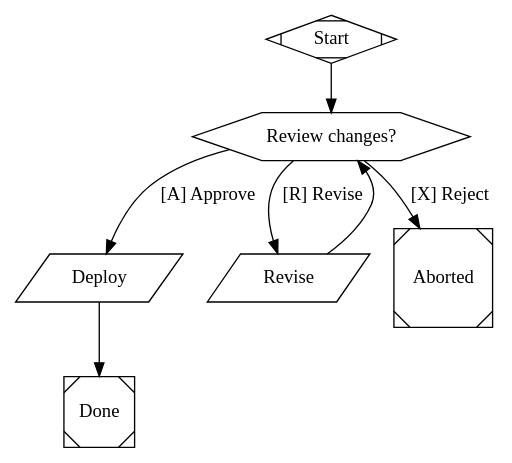
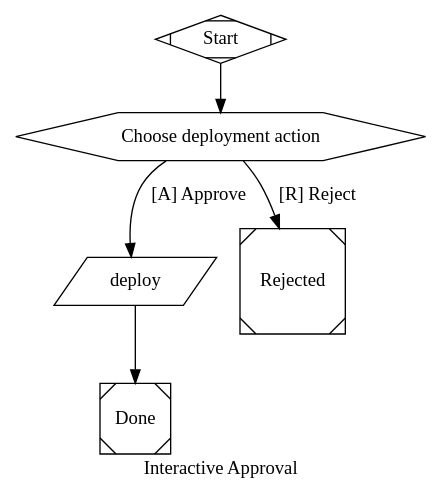
The diagram in gardens/interactive-approval.dot (calebmchenry/nectar), drawn with Graphviz before and after one commit. The commit also changed 136 other files, not shown here.

```diff
--- a/gardens/interactive-approval.dot
+++ b/gardens/interactive-approval.dot
@@ -1,20 +1,17 @@
 digraph InteractiveApproval {
-  // Sample pipeline demonstrating human-in-the-loop gates
-  // Run with: nectar run gardens/interactive-approval.dot
-  // Or auto: nectar run --auto-approve gardens/interactive-approval.dot
+  graph [
+    goal="Require explicit human approval before deployment",
+    label="Interactive Approval"
+  ]
 
   start [shape=Mdiamond, label="Start"]
+  approval [shape=hexagon, label="Choose deployment action"]
+  deploy [shape=parallelogram, tool_command="echo deploy-approved"]
+  reject_exit [shape=Msquare, label="Rejected"]
+  done [shape=Msquare, label="Done"]
 
-  review [shape=hexagon, label="Review changes?"]
-  deploy [shape=parallelogram, label="Deploy", script="echo '🚀 Deploying changes...'"]
-  revise [shape=parallelogram, label="Revise", script="echo '📝 Revising changes...'"]
-  done [shape=Msquare, label="Done"]
-  aborted [shape=Msquare, label="Aborted"]
-
-  start -> review
-  review -> deploy [label="[A] Approve"]
-  review -> revise [label="[R] Revise"]
-  review -> aborted [label="[X] Reject"]
-  revise -> review
+  start -> approval
+  approval -> deploy [label="[A] Approve"]
+  approval -> reject_exit [label="[R] Reject"]
   deploy -> done
 }
```
